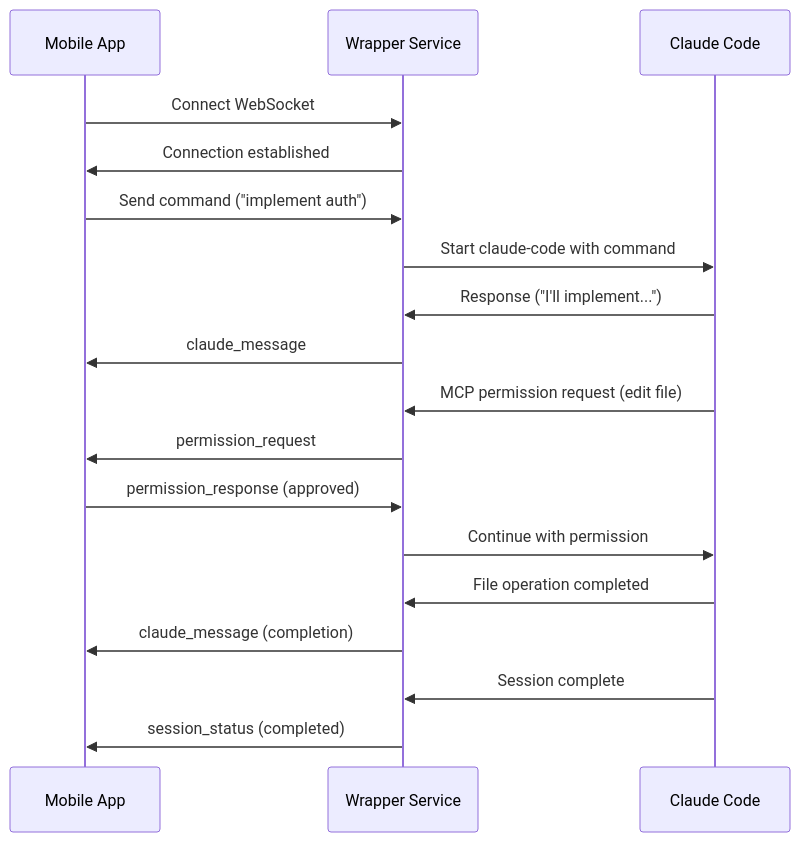
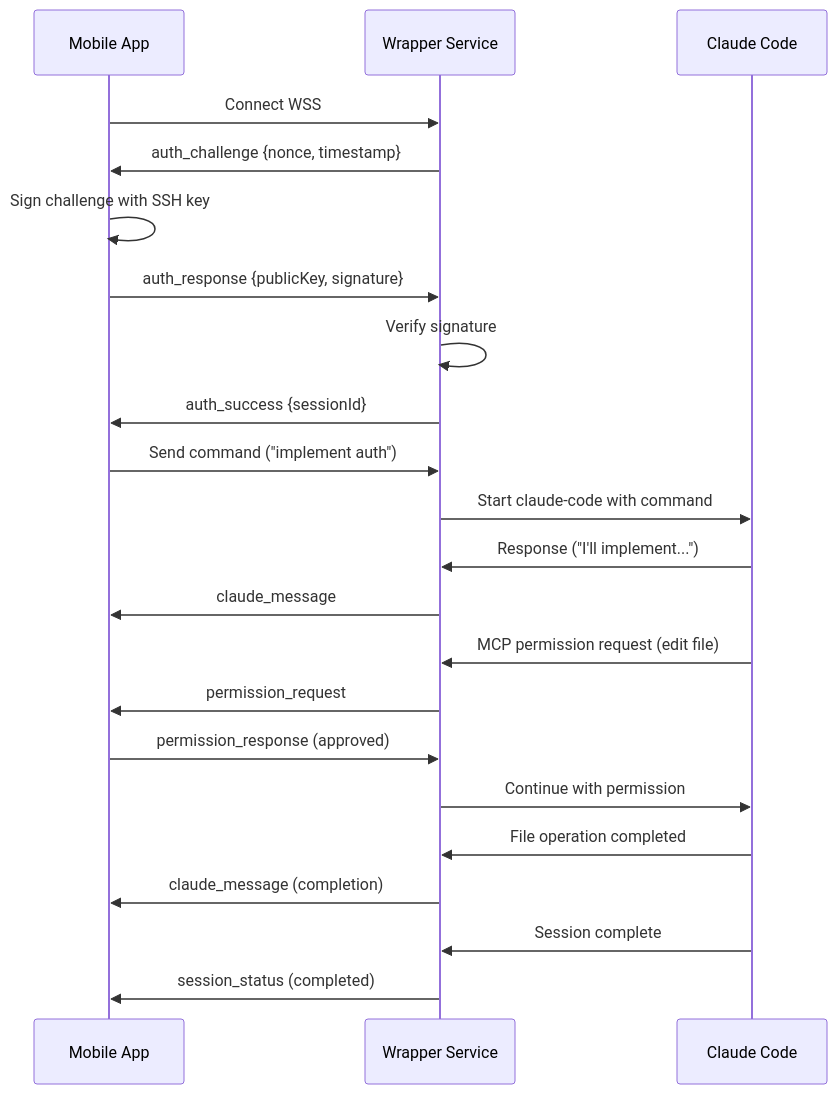
One commit to bebsworthy/pocket_agent changed the first of 15 diagrams in documentation/project.spec.md. Above: the diagram before and after it, drawn with Mermaid. The commit also changed other lines of this file and 2 other files, not shown here.

First line of the commit message:
Replace SSH tunneling with direct WebSocket connections using SSH key authentication

````diff
--- a/documentation/project.spec.md
+++ b/documentation/project.spec.md
@@ -169,26 +169,30 @@
 ```mermaid
 sequenceDiagram
     participant M as Mobile App
     participant W as Wrapper Service
     participant C as Claude Code
     
-    M->>W: Connect WebSocket
-    W->>M: Connection established
+    M->>W: Connect WSS
+    W->>M: auth_challenge {nonce, timestamp}
+    M->>M: Sign challenge with SSH key
+    M->>W: auth_response {publicKey, signature}
+    W->>W: Verify signature
+    W->>M: auth_success {sessionId}
     
     M->>W: Send command ("implement auth")
     W->>C: Start claude-code with command
     
     C->>W: Response ("I'll implement...")
     W->>M: claude_message
     
     C->>W: MCP permission request (edit file)
     W->>M: permission_request
     M->>W: permission_response (approved)
     W->>C: Continue with permission
     
     C->>W: File operation completed
     W->>M: claude_message (completion)
     
     C->>W: Session complete
     W->>M: session_status (completed)
 ```
````
